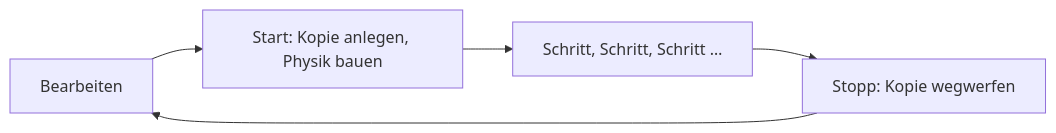
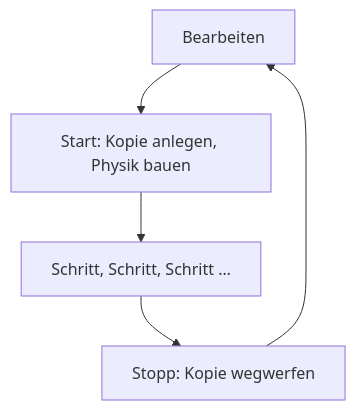
The first of 2 diagrams in kern/docs/buch-gruen/08-spiel-laufzeit.md (ChristianHohlfeld/kernengine.de), drawn with Mermaid before and after one commit. The commit also changed 50 other files, not shown here.

First line of the commit message:
Bücher: ASCII-Zeichnungen durch Abbildungen ersetzt, Mermaid lesbar, Formeln sichtbar

````diff
--- a/kern/docs/buch-gruen/08-spiel-laufzeit.md
+++ b/kern/docs/buch-gruen/08-spiel-laufzeit.md
@@ -35,7 +35,7 @@
 ```mermaid
-flowchart LR
+flowchart TB
   A[Bearbeiten] --> B[Start: Kopie anlegen, Physik bauen]
   B --> C[Schritt, Schritt, Schritt …]
   C --> D[Stopp: Kopie wegwerfen]
   D --> A
 ```
````
